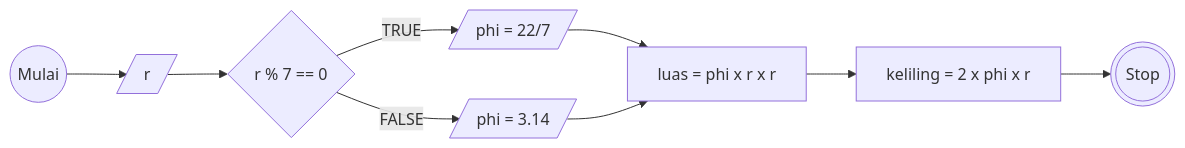
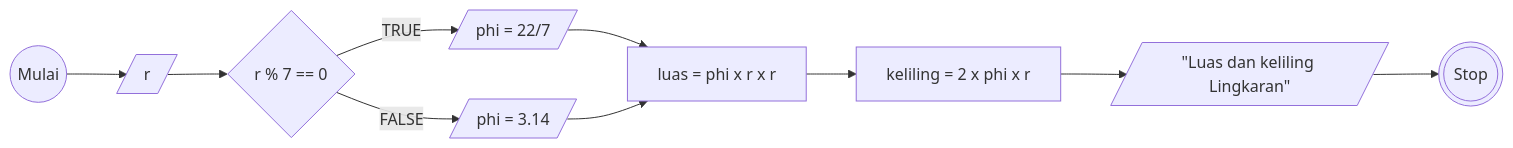
One commit to yusufbahtiarr/fgo24-algoritma changed the diagram in algoritma-minitask-luas-keliling-segitiga.md. Above: the diagram before and after it, drawn with Mermaid. The commit also changed other lines of this file, not shown here.

````diff
--- a/algoritma-minitask-luas-keliling-segitiga.md
+++ b/algoritma-minitask-luas-keliling-segitiga.md
@@ -12,22 +13,24 @@
 ```mermaid
     flowchart LR
     a@{shape: circle, label: "Mulai"}
     b@{shape: lean-r, label: "r"}
     c@{shape: diamond, label: "r % 7 == 0"}
     d@{shape: lean-r, label: "phi = 22/7"}
     e@{shape: lean-r, label: "phi = 3.14"}
     f@{shape: rect, label: "luas = phi x r x r"}
     g@{shape: rect, label: "keliling = 2 x phi x r"}
+    h@{shape: lean-r, label: '"Luas dan keliling Lingkaran"'}
     x@{shape: dbl-circ, label: "Stop"}
 
     a --> b
     b --> c
     c --TRUE--> d
     c --FALSE--> e
     d --> f
     e --> f
     f --> g
-    g --> x 
+    g --> h
+    h --> x 
 
 
 ```
````
